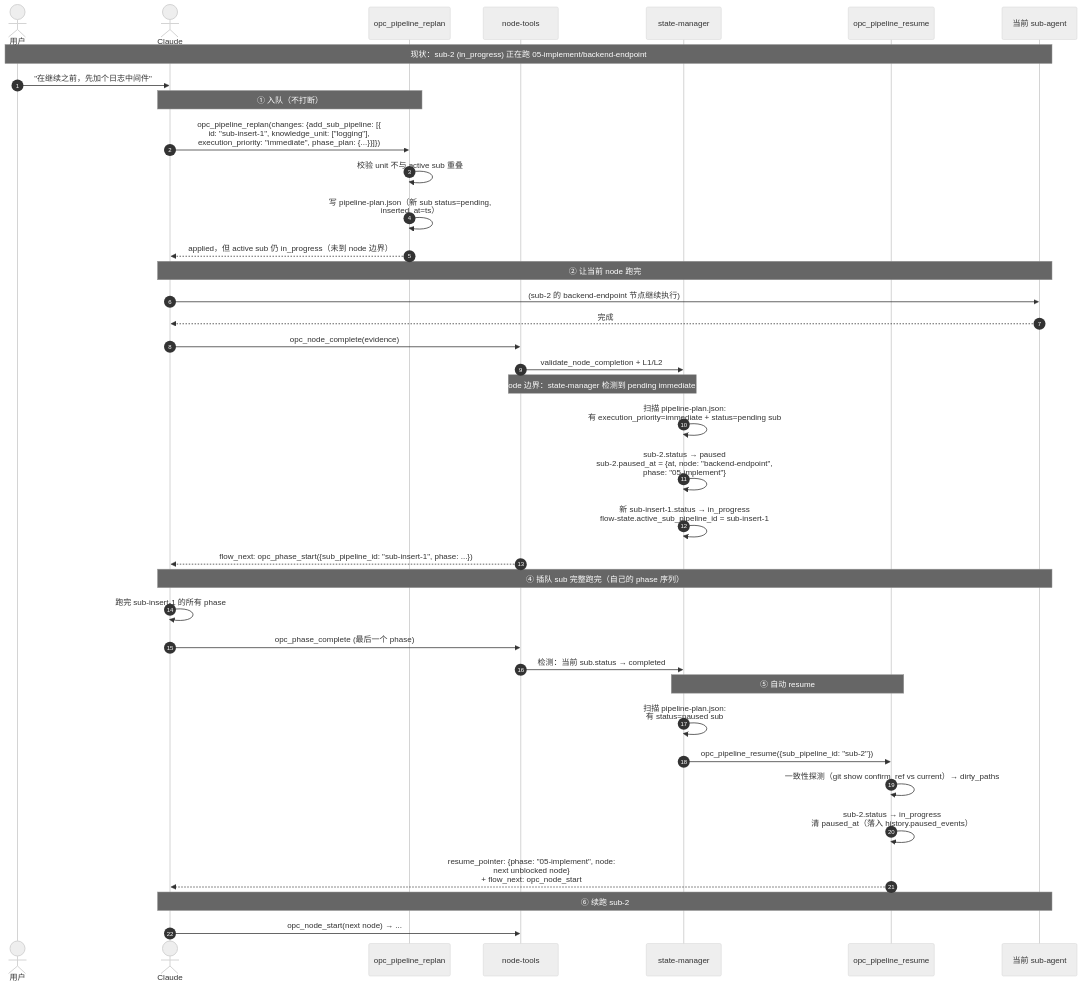
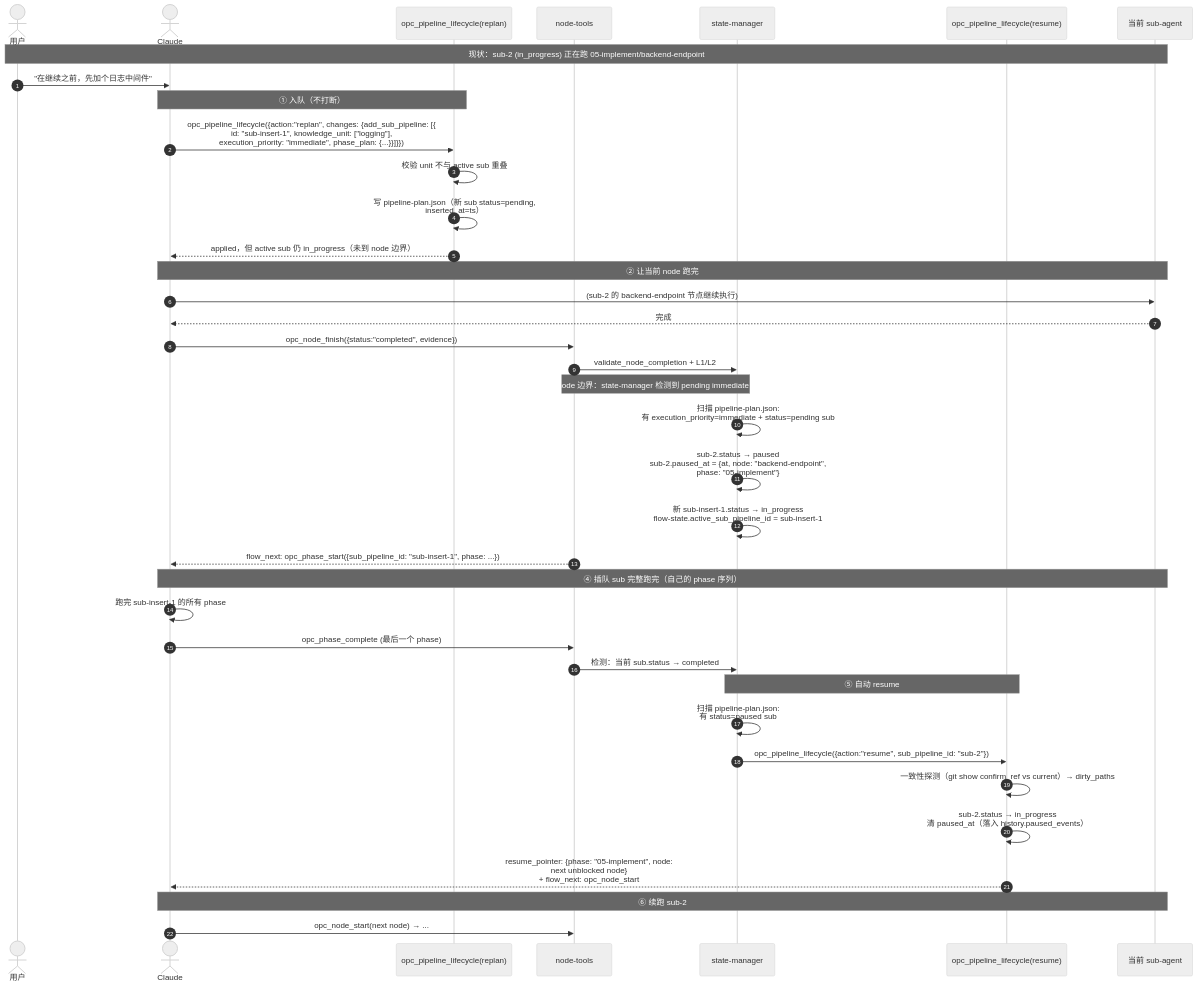
One commit to CaffeineOddity/opc-marketplace changed the diagram in doc/feature/02-opc-state-server/02-pipeline/11_insert-resume.md. Above: the diagram before and after it, drawn with Mermaid (neutral theme). The commit also changed other lines of this file and 19 other files, not shown here.

First line of the commit message:
docs(M17.i): rewrite 02-pipeline + 03-phase + 04-node for consolidated tool surface

````diff
--- a/doc/feature/02-opc-state-server/02-pipeline/11_insert-resume.md
+++ b/doc/feature/02-opc-state-server/02-pipeline/11_insert-resume.md
@@ -23,47 +23,47 @@
 ```mermaid
 sequenceDiagram
     autonumber
     actor U as 用户
     actor C as Claude
-    participant RP as opc_pipeline_replan
+    participant RP as opc_pipeline_lifecycle(replan)
     participant ND as node-tools
     participant SM as state-manager
-    participant RS as opc_pipeline_resume
+    participant RS as opc_pipeline_lifecycle(resume)
     participant A as 当前 sub-agent
 
     Note over U,A: 现状：sub-2 (in_progress) 正在跑 05-implement/backend-endpoint
     U->>C: "在继续之前，先加个日志中间件"
 
     Note over C,RP: ① 入队（不打断）
-    C->>RP: opc_pipeline_replan(changes: {add_sub_pipeline: [{<br/>id: "sub-insert-1", knowledge_unit: ["logging"],<br/>execution_priority: "immediate", phase_plan: {...}}]})
+    C->>RP: opc_pipeline_lifecycle({action:"replan", changes: {add_sub_pipeline: [{<br/>id: "sub-insert-1", knowledge_unit: ["logging"],<br/>execution_priority: "immediate", phase_plan: {...}}]}})
     RP->>RP: 校验 unit 不与 active sub 重叠
     RP->>RP: 写 pipeline-plan.json（新 sub status=pending,<br/>inserted_at=ts）
     RP-->>C: applied，但 active sub 仍 in_progress（未到 node 边界）
 
     Note over C,A: ② 让当前 node 跑完
     C->>A: (sub-2 的 backend-endpoint 节点继续执行)
     A-->>C: 完成
-    C->>ND: opc_node_complete(evidence)
+    C->>ND: opc_node_finish({status:"completed", evidence})
     ND->>SM: validate_node_completion + L1/L2
 
     Note over ND,SM: ③ node 边界：state-manager 检测到 pending immediate sub
     SM->>SM: 扫描 pipeline-plan.json:<br/>有 execution_priority=immediate + status=pending sub
     SM->>SM: sub-2.status → paused<br/>sub-2.paused_at = {at, node: "backend-endpoint",<br/>phase: "05-implement"}
     SM->>SM: 新 sub-insert-1.status → in_progress<br/>flow-state.active_sub_pipeline_id = sub-insert-1
     ND-->>C: flow_next: opc_phase_start({sub_pipeline_id: "sub-insert-1", phase: ...})
 
     Note over C,A: ④ 插队 sub 完整跑完（自己的 phase 序列）
     C->>C: 跑完 sub-insert-1 的所有 phase
     C->>ND: opc_phase_complete (最后一个 phase)
     ND->>SM: 检测：当前 sub.status → completed
 
     Note over SM,RS: ⑤ 自动 resume
     SM->>SM: 扫描 pipeline-plan.json:<br/>有 status=paused sub
-    SM->>RS: opc_pipeline_resume({sub_pipeline_id: "sub-2"})
+    SM->>RS: opc_pipeline_lifecycle({action:"resume", sub_pipeline_id: "sub-2"})
     RS->>RS: 一致性探测（git show confirm_ref vs current）→ dirty_paths
     RS->>RS: sub-2.status → in_progress<br/>清 paused_at（落入 history.paused_events）
     RS-->>C: resume_pointer: {phase: "05-implement", node: <br/>next unblocked node}<br/>+ flow_next: opc_node_start
 
     Note over C,A: ⑥ 续跑 sub-2
     C->>ND: opc_node_start(next node) → ...
 ```
````
